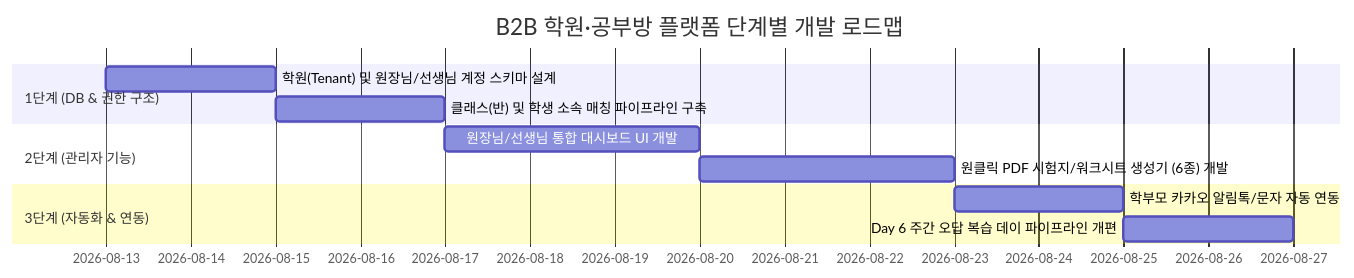
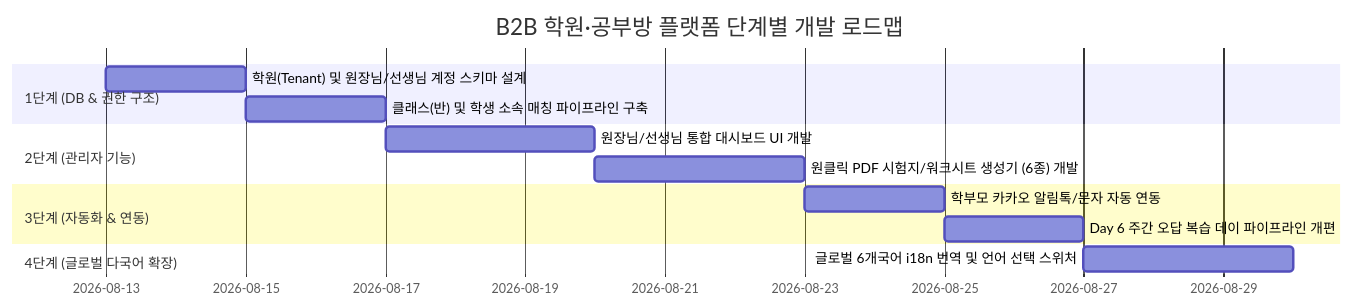
One commit to lsanghak-steve/english_edu changed the fourth of 4 diagrams in STEVE_VOCA_B2B_ACADEMY_SPEC.md. Above: the diagram before and after it, drawn with Mermaid. The commit also changed other lines of this file, not shown here.

````diff
--- a/STEVE_VOCA_B2B_ACADEMY_SPEC.md
+++ b/STEVE_VOCA_B2B_ACADEMY_SPEC.md
@@ -160,14 +214,16 @@
 ```mermaid
 gantt
     title B2B 학원·공부방 플랫폼 단계별 개발 로드맵
     dateFormat  YYYY-MM-DD
     section 1단계 (DB & 권한 구조)
     학원(Tenant) 및 원장님/선생님 계정 스키마 설계     :a1, 2026-08-13, 2d
     클래스(반) 및 학생 소속 매칭 파이프라인 구축      :a2, after a1, 2d
     section 2단계 (관리자 기능)
     원장님/선생님 통합 대시보드 UI 개발            :b1, after a2, 3d
     원클릭 PDF 시험지/워크시트 생성기 (6종) 개발      :b2, after b1, 3d
     section 3단계 (자동화 & 연동)
     학부모 카카오 알림톡/문자 자동 연동             :c1, after b2, 2d
     Day 6 주간 오답 복습 데이 파이프라인 개편        :c2, after c1, 2d
+    section 4단계 (글로벌 다국어 확장)
+    글로벌 6개국어 i18n 번역 및 언어 선택 스위처      :d1, after c2, 3d
 ```
````
